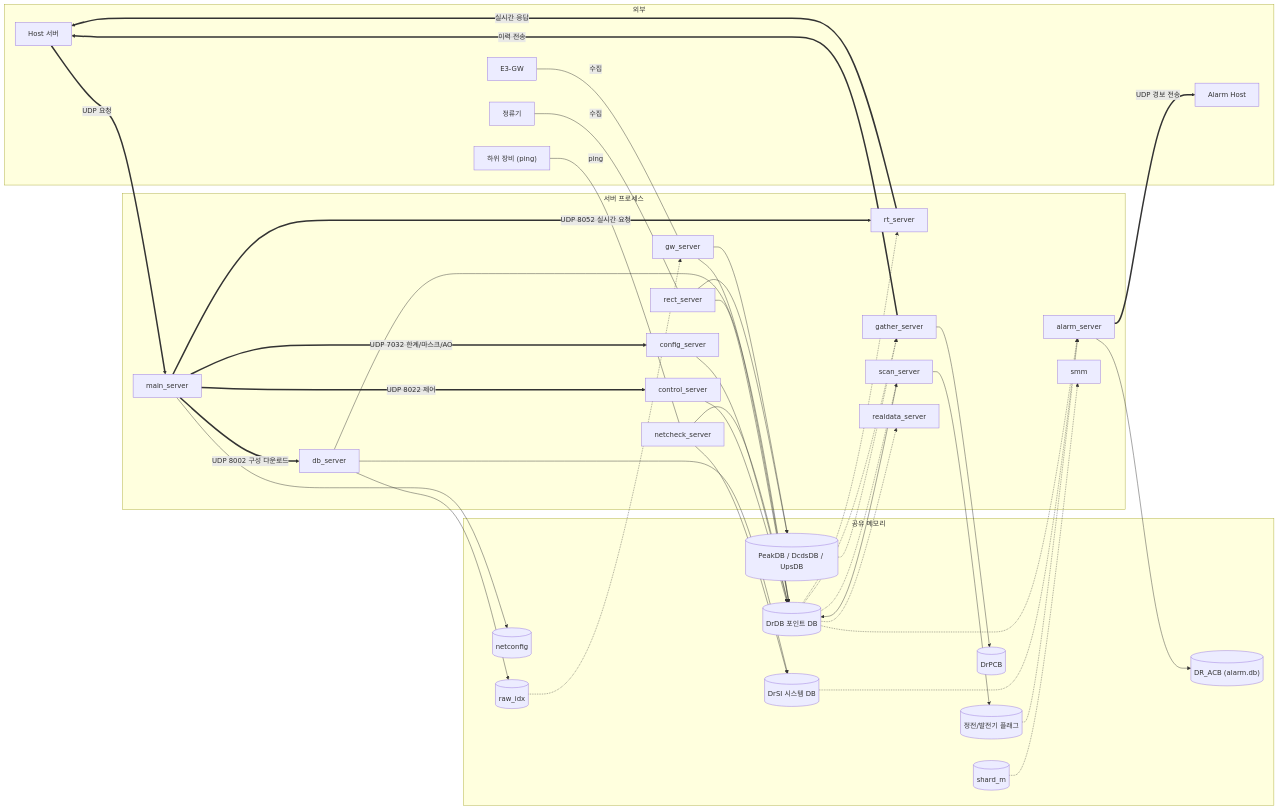
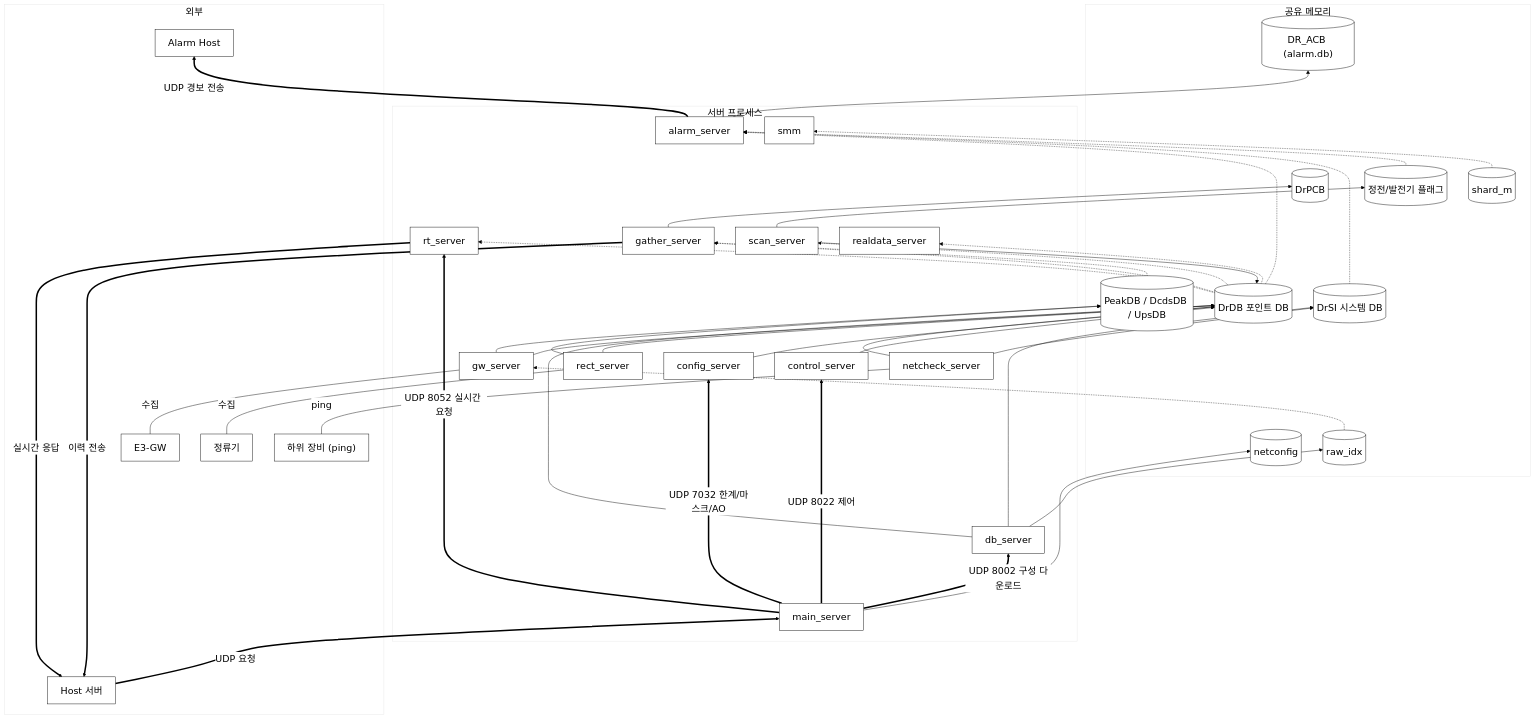
One commit to ges-mhkim/e3-dp changed the fourth of 4 diagrams in e3dp/docs/공유메모리구조.md. Above: the diagram before and after it, drawn with Mermaid. The commit also changed other lines of this file and 47 other files, not shown here.

````diff
--- a/e3dp/docs/공유메모리구조.md
+++ b/e3dp/docs/공유메모리구조.md
@@ -503,79 +506,80 @@
 ```mermaid
-flowchart LR
+%%{init: {"theme": "base", "themeVariables": {"primaryColor": "#ffffff", "primaryBorderColor": "#000000", "primaryTextColor": "#000000", "lineColor": "#000000", "secondaryColor": "#ffffff", "tertiaryColor": "#ffffff", "clusterBkg": "#ffffff", "clusterBorderColor": "#000000", "fontSize": "22px"}}}%%
+flowchart BT
   subgraph EXT["외부"]
     HOST["Host 서버"]
     GW["E3-GW"]
     RECT["정류기"]
     PING["하위 장비 (ping)"]
     AHOST["Alarm Host"]
   end
 
   subgraph PROC["서버 프로세스"]
     MAIN["main_server"]
     DB["db_server"]
     CFG["config_server"]
     CTRL["control_server"]
     RT["rt_server"]
     GWS["gw_server"]
     RECTS["rect_server"]
     NET["netcheck_server"]
     SCAN["scan_server"]
     ALM["alarm_server"]
     GATH["gather_server"]
     RDS["realdata_server"]
     SMM["smm"]
   end
 
   subgraph SHM["공유 메모리"]
     NCFG[("netconfig")]
     DRDB[("DrDB 포인트 DB")]
     DRSI[("DrSI 시스템 DB")]
     RAW[("raw_idx")]
     FLG[("정전/발전기 플래그")]
     HIST[("PeakDB / DcdsDB / UpsDB")]
     PCB[("DrPCB")]
     ACB[("DR_ACB (alarm.db)")]
     SM[("shard_m")]
   end
 
   HOST ==>|"UDP 요청"| MAIN
   MAIN ==>|"UDP 8002 구성 다운로드"| DB
   MAIN ==>|"UDP 7032 한계/마스크/AO"| CFG
   MAIN ==>|"UDP 8022 제어"| CTRL
   MAIN ==>|"UDP 8052 실시간 요청"| RT
   GW ---|"수집"| GWS
   RECT ---|"수집"| RECTS
   PING ---|"ping"| NET
 
   MAIN --> NCFG
   DB --> DRDB
   DB --> DRSI
   DB --> RAW
   GWS --> DRDB
   GWS --> HIST
   RECTS --> DRDB
   RECTS --> HIST
   NET --> DRSI
   NET --> DRDB
   SCAN --> DRDB
   SCAN --> FLG
   CFG --> DRDB
   CTRL --> DRDB
   ALM --> ACB
   GATH --> PCB
 
   RAW -.-> GWS
   DRDB -.-> SCAN
   DRDB -.-> ALM
   DRSI -.-> ALM
   FLG -.-> ALM
   DRDB -.-> RT
   DRDB -.-> RDS
   DRDB -.-> GATH
   HIST -.-> GATH
   SM -.-> SMM
 
   ALM ==>|"UDP 경보 전송"| AHOST
   GATH ==>|"이력 전송"| HOST
   RT ==>|"실시간 응답"| HOST
 ```
````
